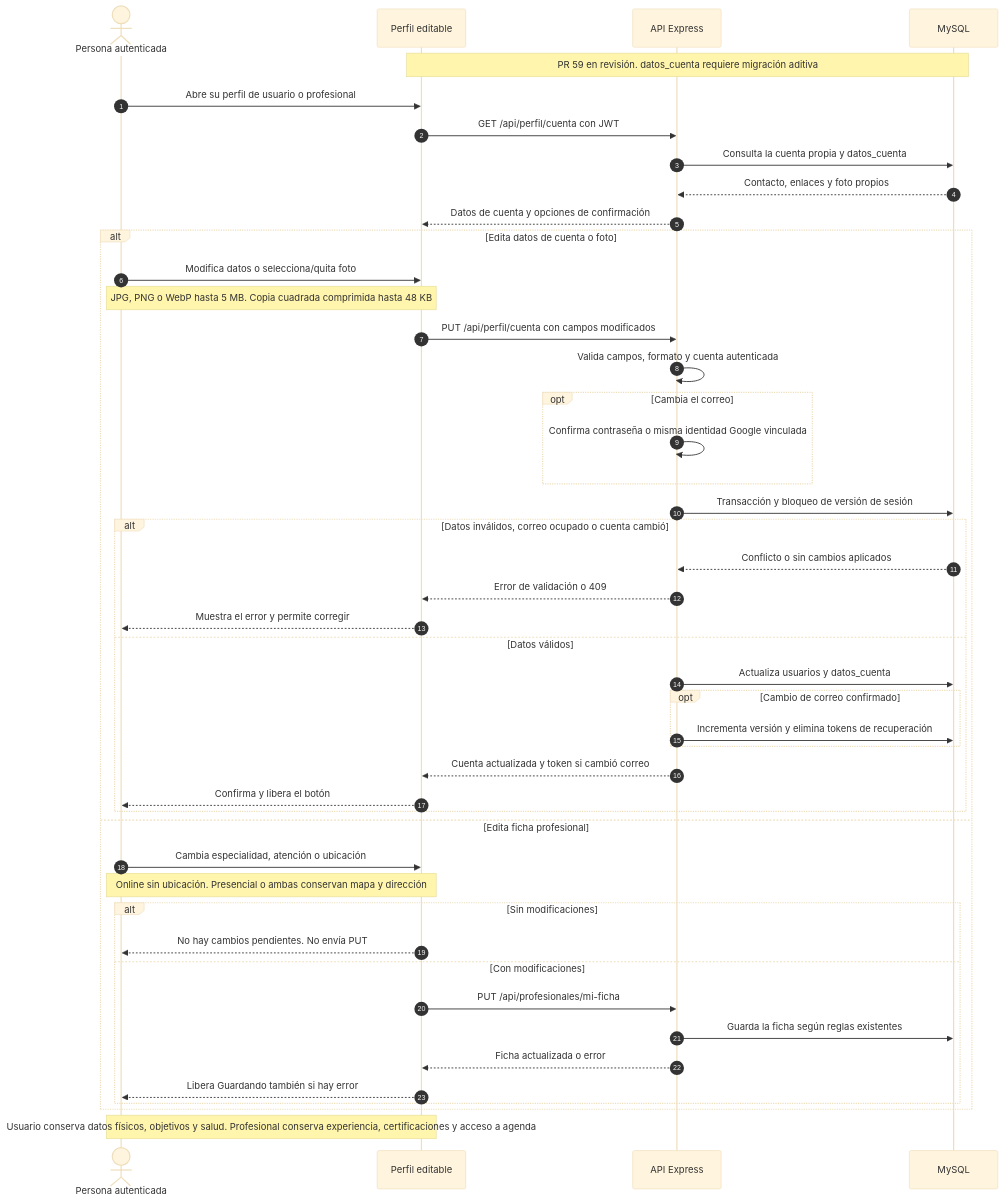
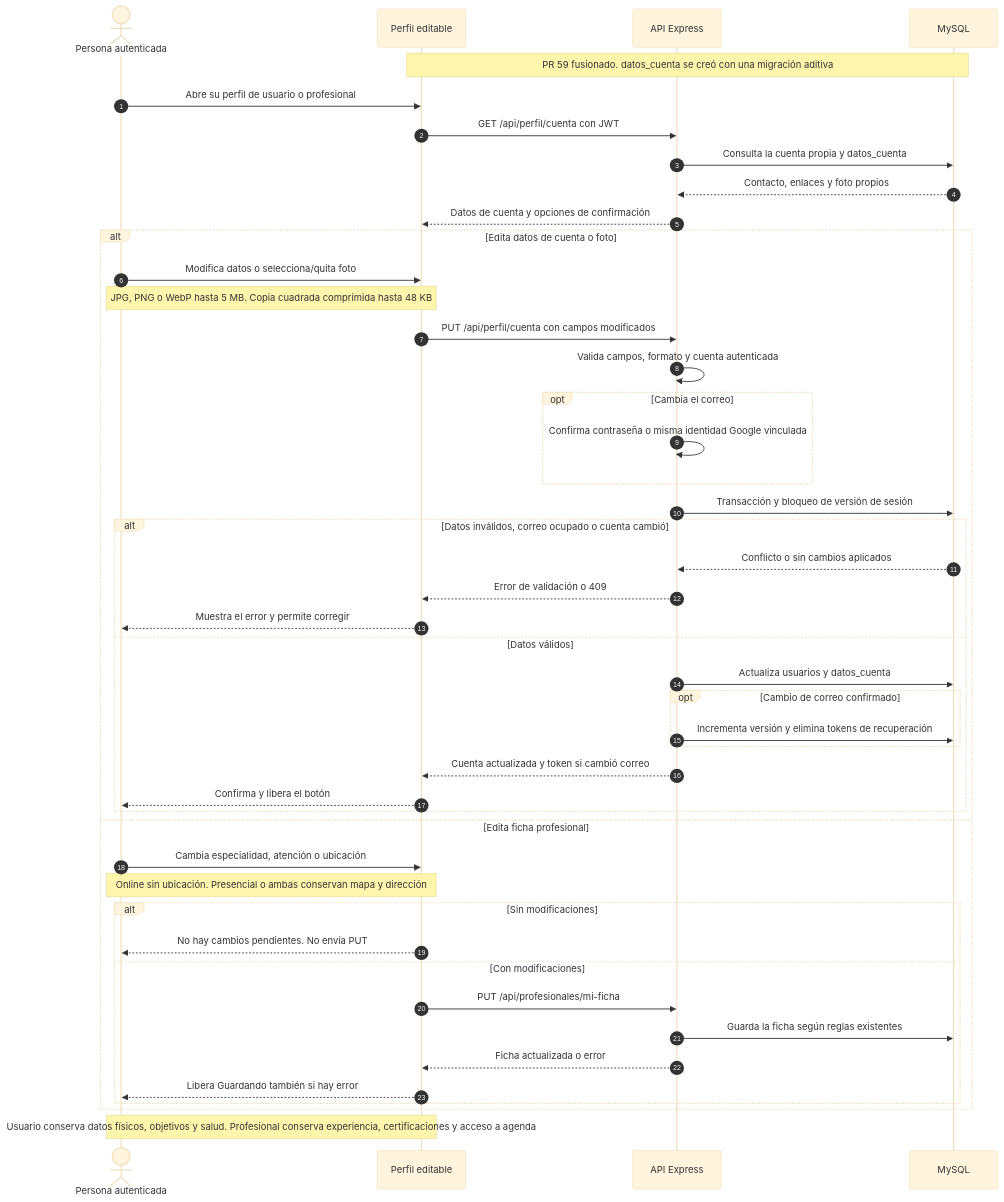
Before and after one commit to ncxlas/FitSearch: the diagram in FASE 2/Evidencias Proyecto/Evidencias de documentación/Diagramas (Miro)/Actualización Sprint 3/16_Edicion_de_Perfiles.mmd, drawn with Mermaid (base theme). The commit also changed 29 other files, not shown here.

First line of the commit message:
Actualiza los rótulos del PR 59 en los diagramas y en el DAS

```diff
--- a/FASE 2/Evidencias Proyecto/Evidencias de documentación/Diagramas (Miro)/Actualización Sprint 3/16_Edicion_de_Perfiles.mmd
+++ b/FASE 2/Evidencias Proyecto/Evidencias de documentación/Diagramas (Miro)/Actualización Sprint 3/16_Edicion_de_Perfiles.mmd
@@ -1,46 +1,46 @@
 sequenceDiagram
   autonumber
   actor P as Persona autenticada
   participant F as Perfil editable
   participant B as API Express
   participant D as MySQL
-  Note over F,D: PR 59 en revisión. datos_cuenta requiere migración aditiva
+  Note over F,D: PR 59 fusionado. datos_cuenta se creó con una migración aditiva
   P->>F: Abre su perfil de usuario o profesional
   F->>B: GET /api/perfil/cuenta con JWT
   B->>D: Consulta la cuenta propia y datos_cuenta
   D-->>B: Contacto, enlaces y foto propios
   B-->>F: Datos de cuenta y opciones de confirmación
   alt Edita datos de cuenta o foto
     P->>F: Modifica datos o selecciona/quita foto
     Note over P,F: JPG, PNG o WebP hasta 5 MB. Copia cuadrada comprimida hasta 48 KB
     F->>B: PUT /api/perfil/cuenta con campos modificados
     B->>B: Valida campos, formato y cuenta autenticada
     opt Cambia el correo
       B->>B: Confirma contraseña o misma identidad Google vinculada
     end
     B->>D: Transacción y bloqueo de versión de sesión
     alt Datos inválidos, correo ocupado o cuenta cambió
       D-->>B: Conflicto o sin cambios aplicados
       B-->>F: Error de validación o 409
       F-->>P: Muestra el error y permite corregir
     else Datos válidos
       B->>D: Actualiza usuarios y datos_cuenta
       opt Cambio de correo confirmado
         B->>D: Incrementa versión y elimina tokens de recuperación
       end
       B-->>F: Cuenta actualizada y token si cambió correo
       F-->>P: Confirma y libera el botón
     end
   else Edita ficha profesional
     P->>F: Cambia especialidad, atención o ubicación
     Note over P,F: Online sin ubicación. Presencial o ambas conservan mapa y dirección
     alt Sin modificaciones
       F-->>P: No hay cambios pendientes. No envía PUT
     else Con modificaciones
       F->>B: PUT /api/profesionales/mi-ficha
       B->>D: Guarda la ficha según reglas existentes
       B-->>F: Ficha actualizada o error
       F-->>P: Libera Guardando también si hay error
     end
   end
   Note over P,F: Usuario conserva datos físicos, objetivos y salud. Profesional conserva experiencia, certificaciones y acceso a agenda
```
